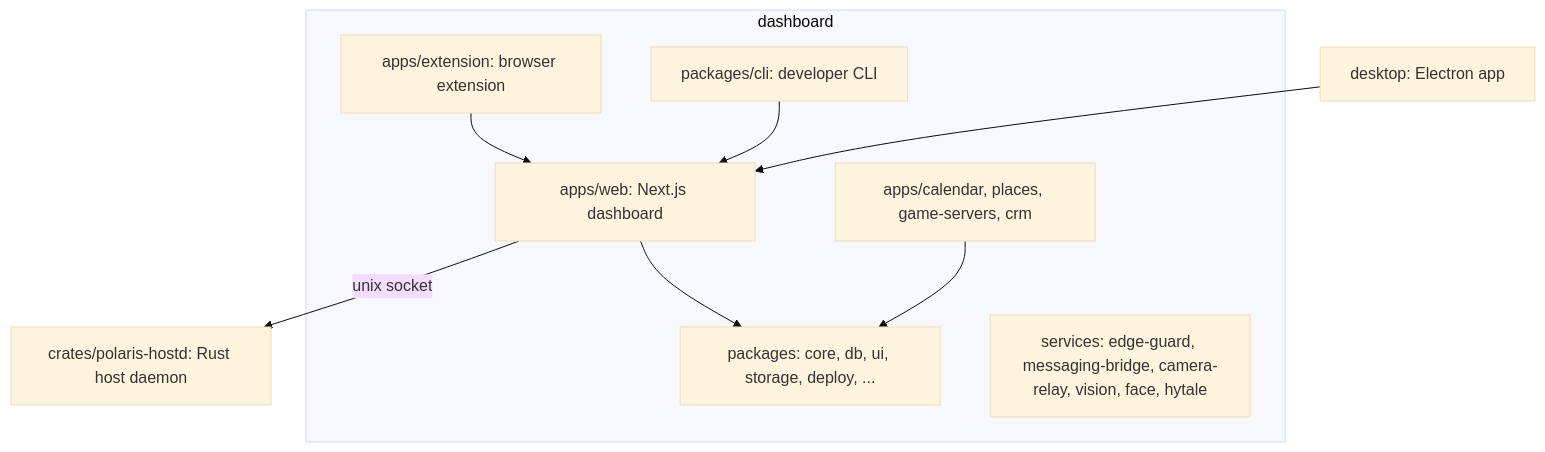
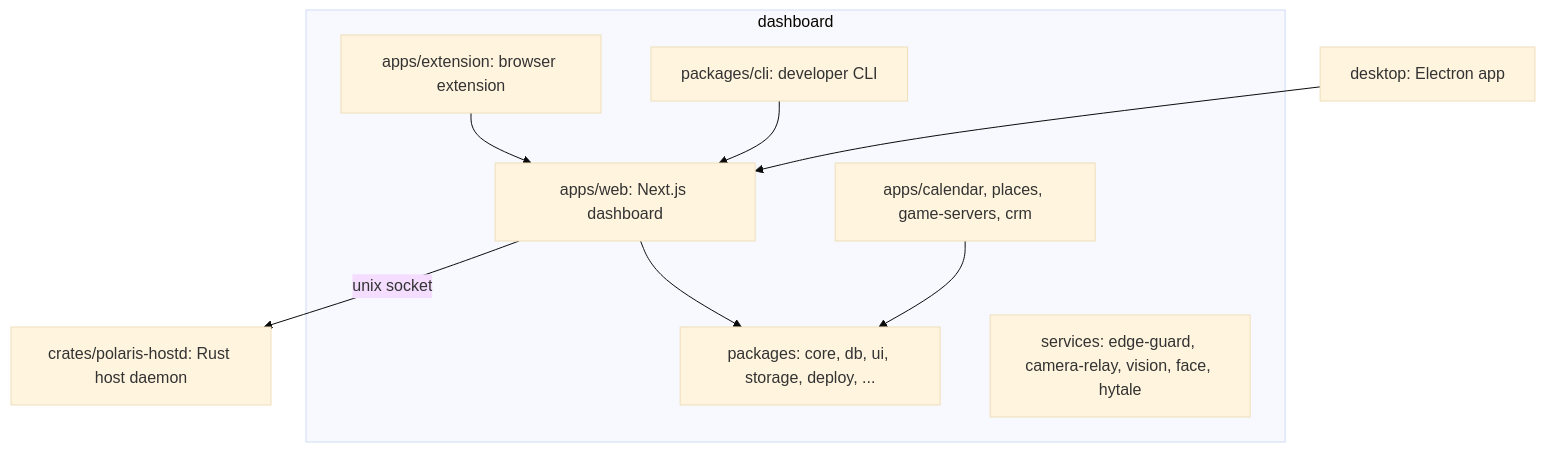
One commit to FJRG2007/polaris changed the fifth of 5 diagrams in README.md. Above: the diagram before and after it, drawn with Mermaid (base theme). The commit also changed 95 other files, not shown here.

First line of the commit message:
♻️ refactor(messaging): channels send from Polaris itself, and the Messaging bridge app is gone

````diff
--- a/README.md
+++ b/README.md
@@ -614,19 +614,19 @@
 ```mermaid
 flowchart TB
     subgraph dashboard
         web[apps/web: Next.js dashboard]
         apps[apps/calendar, places, game-servers, crm]
         ext[apps/extension: browser extension]
         pkgs[packages: core, db, ui, storage, deploy, ...]
-        svc[services: edge-guard, messaging-bridge, camera-relay, vision, face, hytale]
+        svc[services: edge-guard, camera-relay, vision, face, hytale]
         cli[packages/cli: developer CLI]
     end
     hostd[crates/polaris-hostd: Rust host daemon]
     desk[desktop: Electron app]
     web --> pkgs
     apps --> pkgs
     cli --> web
     desk --> web
     ext --> web
     web -- unix socket --> hostd
 ```
````
